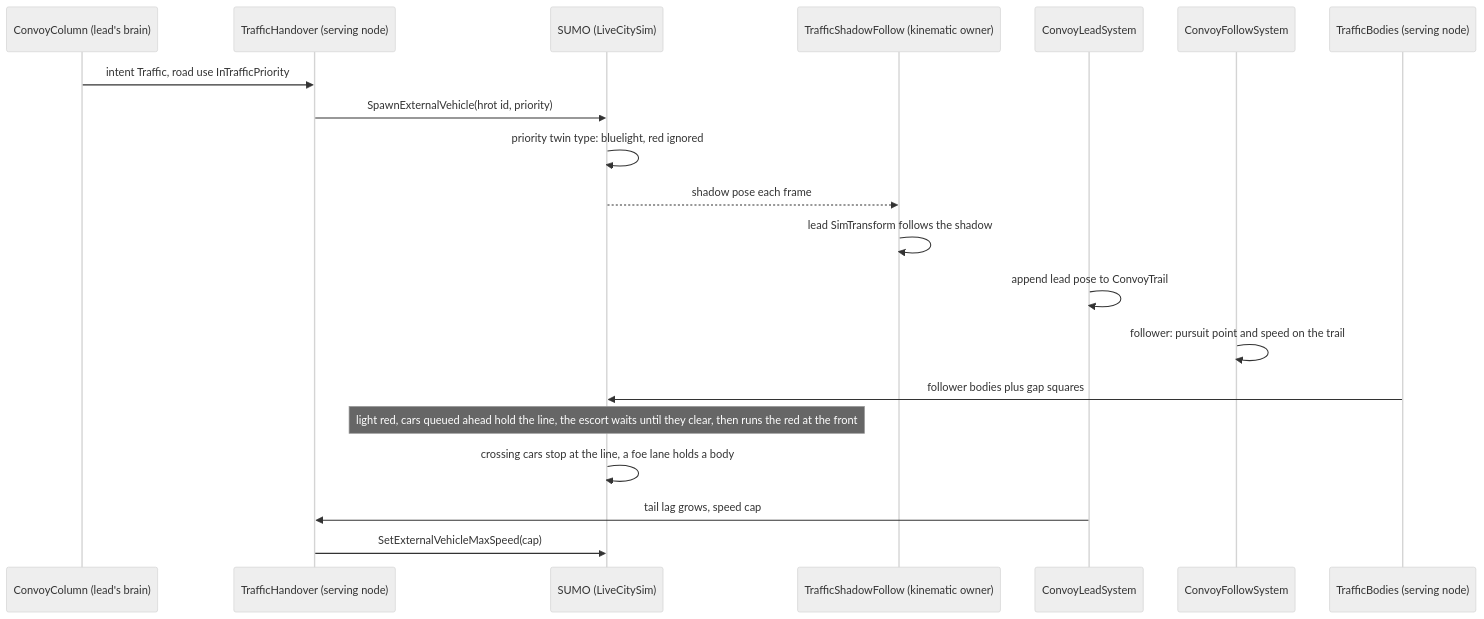
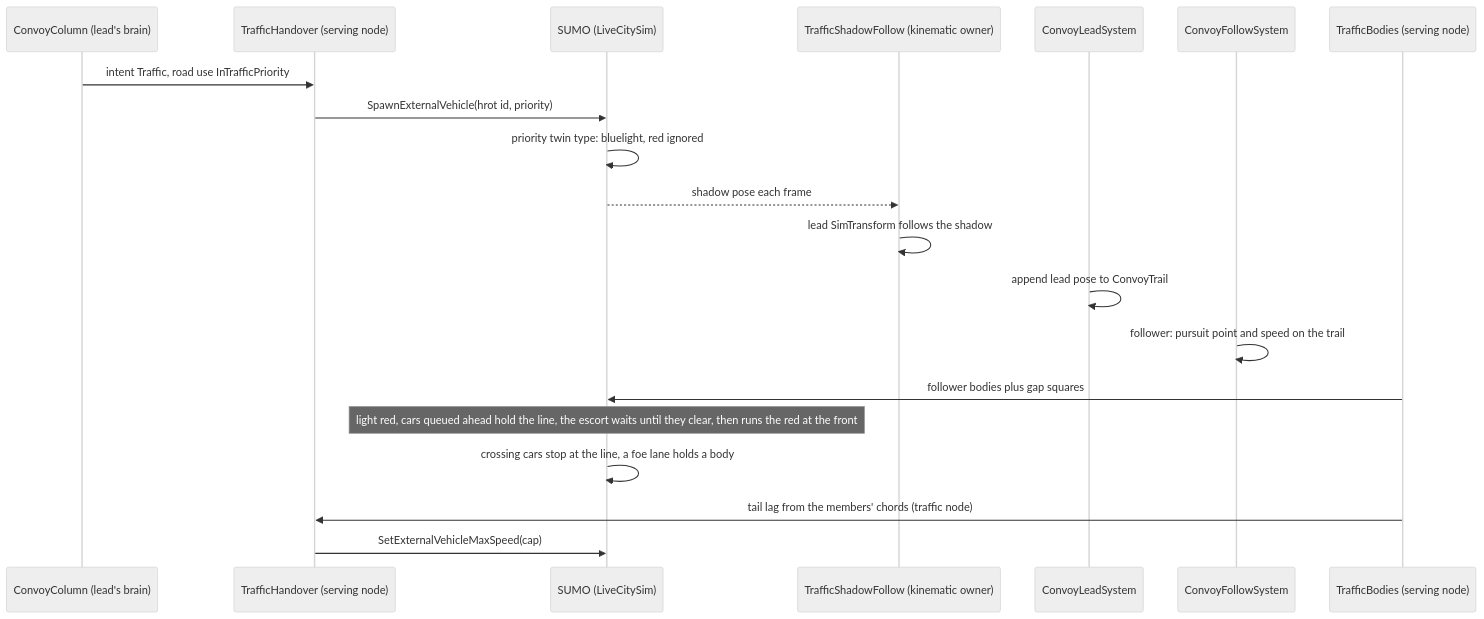
Before and after one commit to pjanec/HROT: the second of 4 diagrams in docs/designs/vehicle-tactics/DESIGN_Road_Convoy.md, drawn with Mermaid (neutral theme). The commit also changed other lines of this file and 16 other files, not shown here.

````diff
--- a/docs/designs/vehicle-tactics/DESIGN_Road_Convoy.md
+++ b/docs/designs/vehicle-tactics/DESIGN_Road_Convoy.md
@@ -142,22 +145,22 @@
 ```mermaid
 sequenceDiagram
   participant B as ConvoyColumn (lead's brain)
   participant H as TrafficHandover (serving node)
   participant S as SUMO (LiveCitySim)
   participant F as TrafficShadowFollow (kinematic owner)
   participant L as ConvoyLeadSystem
   participant W as ConvoyFollowSystem
   participant G as TrafficBodies (serving node)
   B->>H: intent Traffic, road use InTrafficPriority
   H->>S: SpawnExternalVehicle(hrot id, priority)
   S->>S: priority twin type: bluelight, red ignored
   S-->>F: shadow pose each frame
   F->>F: lead SimTransform follows the shadow
   L->>L: append lead pose to ConvoyTrail
   W->>W: follower: pursuit point and speed on the trail
   G->>S: follower bodies plus gap squares
   Note over S: light red, cars queued ahead hold the line, the escort waits until they clear, then runs the red at the front
   S->>S: crossing cars stop at the line, a foe lane holds a body
-  L->>H: tail lag grows, speed cap
+  G->>H: tail lag from the members' chords (traffic node)
   H->>S: SetExternalVehicleMaxSpeed(cap)
 ```
````
